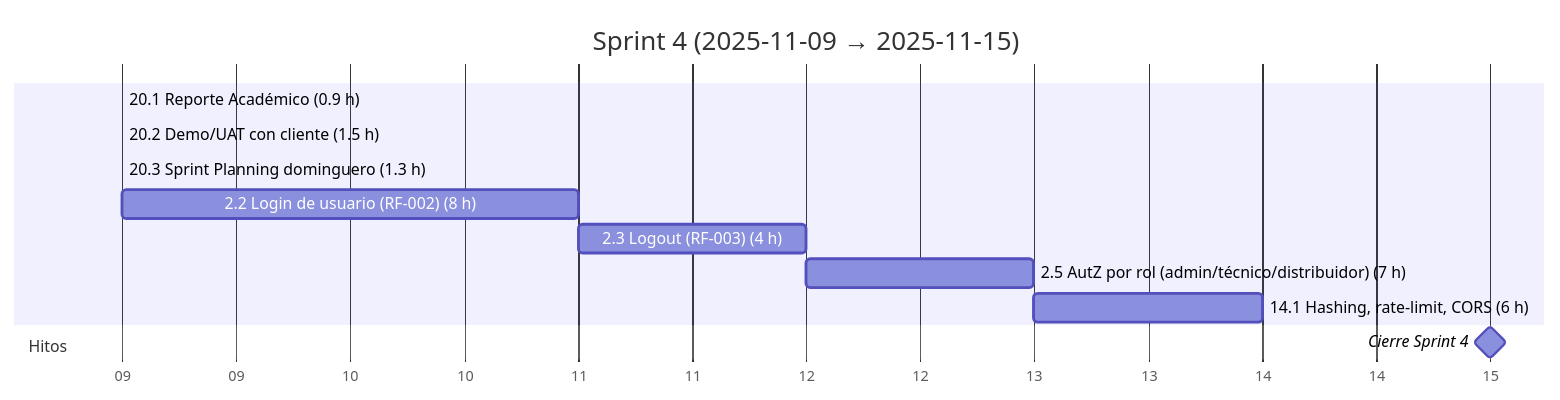
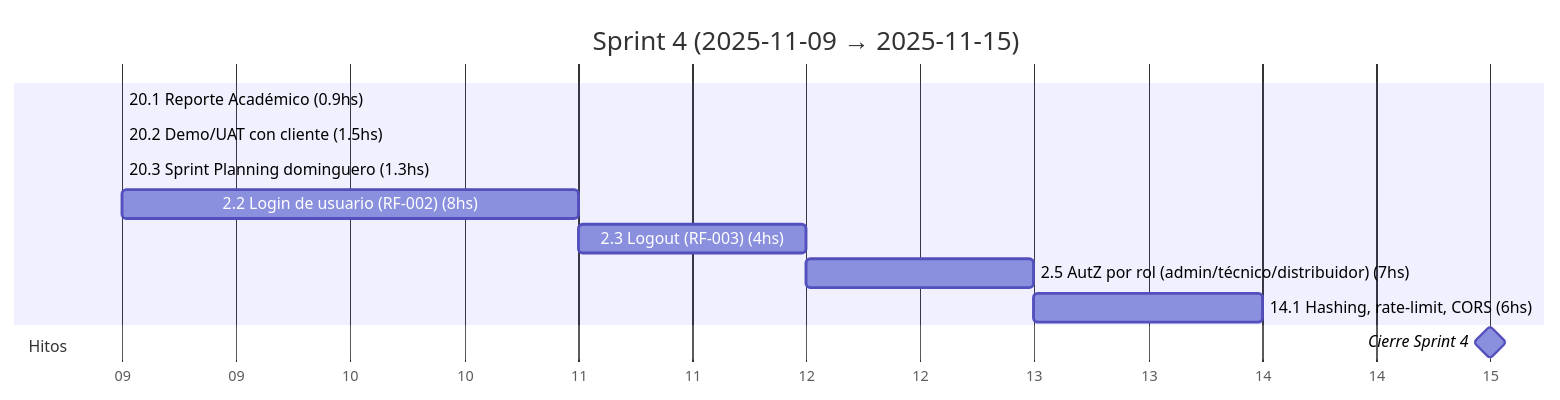
One commit to MarkMed/FleetMan changed the fifth of 17 diagrams in docs/SprintsGantts.md. Above: the diagram before and after it, drawn with Mermaid. The commit also changed other lines of this file, not shown here.

Commit message:
Update Gantt chart documentation to standardize time format from hours to hours (hs)

````diff
--- a/docs/SprintsGantts.md
+++ b/docs/SprintsGantts.md
@@ -130,19 +129,19 @@
 ```mermaid
 gantt
   title Sprint 4 (2025-11-09 → 2025-11-15)
   dateFormat  YYYY-MM-DD
   axisFormat  %d
 
   %% Asumimos 5 h/día. Horas estimadas incluidas en el nombre.
 
-  20.1 Reporte Académico (0.9 h)               :t201, 2025-11-09, 0.2d
-  20.2 Demo/UAT con cliente (1.5 h)            :t202, after t201, 0.3d
-  20.3 Sprint Planning dominguero (1.3 h)      :t203, after t202, 0.3d
-  2.2 Login de usuario (RF-002) (8 h)          :t22, after t203, 1.6d
-  2.3 Logout (RF-003) (4 h)                    :t23, after t22, 0.8d
-  2.5 AutZ por rol (admin/técnico/distribuidor) (7 h) :t25, after t23, 1.4d
-  14.1 Hashing, rate-limit, CORS (6 h)         :t141, after t25, 1.2d
+  20.1 Reporte Académico (0.9hs)               :t201, 2025-11-09, 0.2d
+  20.2 Demo/UAT con cliente (1.5hs)            :t202, after t201, 0.3d
+  20.3 Sprint Planning dominguero (1.3hs)      :t203, after t202, 0.3d
+  2.2 Login de usuario (RF-002) (8hs)          :t22, after t203, 1.6d
+  2.3 Logout (RF-003) (4hs)                    :t23, after t22, 0.8d
+  2.5 AutZ por rol (admin/técnico/distribuidor) (7hs) :t25, after t23, 1.4d
+  14.1 Hashing, rate-limit, CORS (6hs)         :t141, after t25, 1.2d
 
   section Hitos
   Cierre Sprint 4                              :milestone, s4, 2025-11-15, 0d
 ```
````
